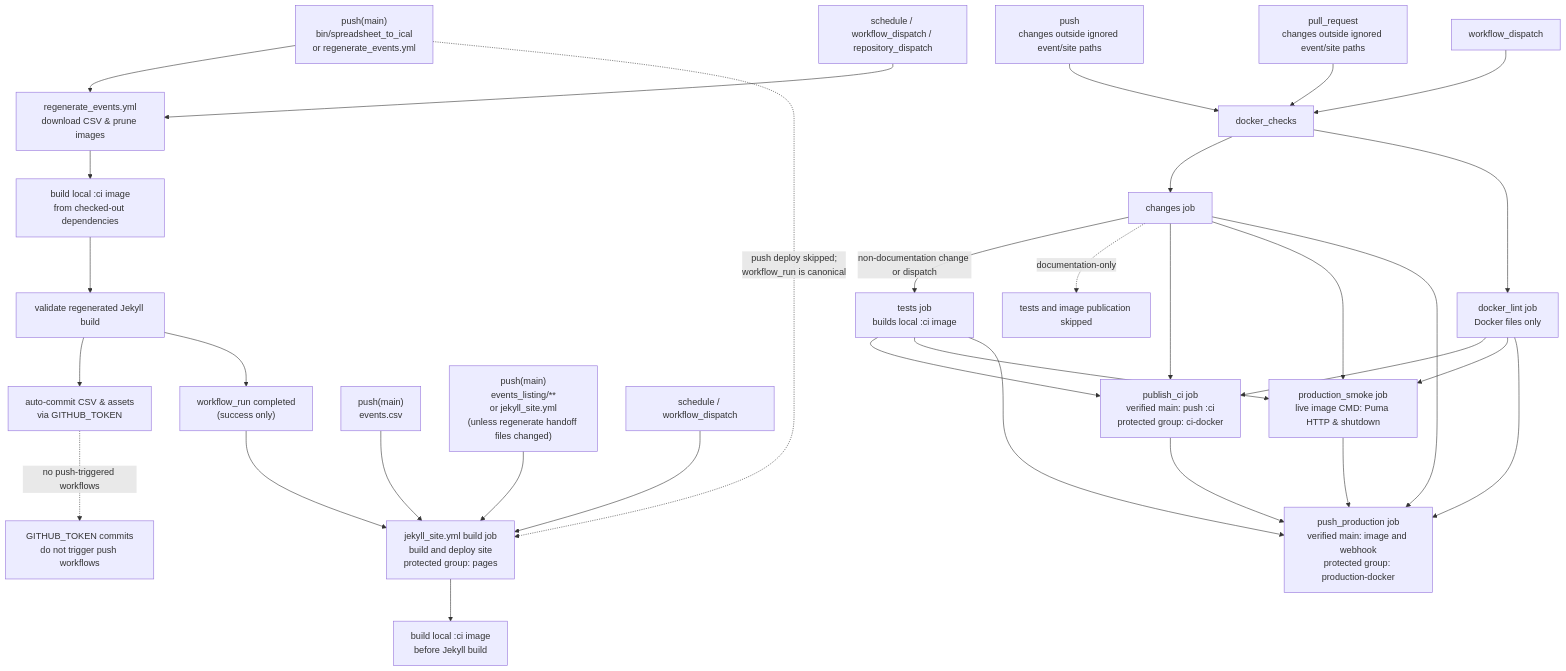
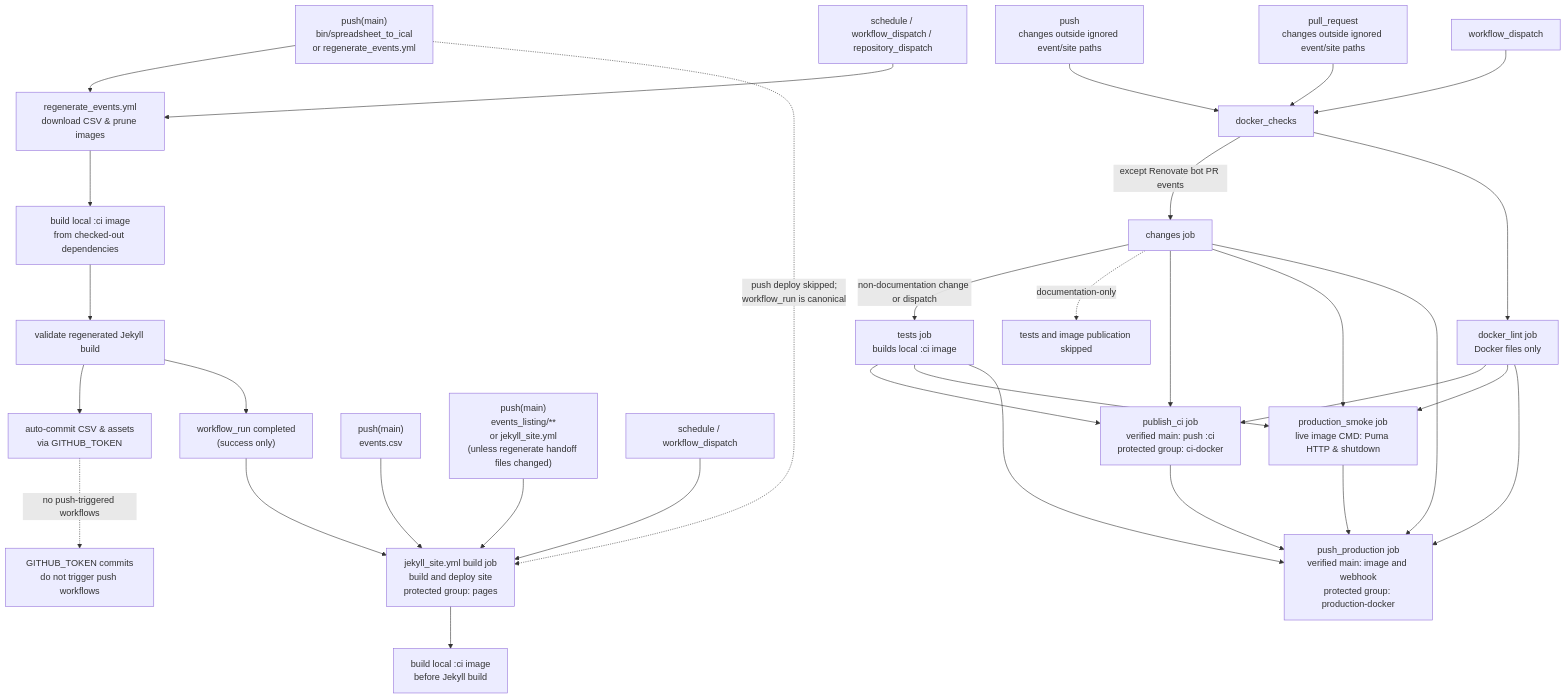
Before and after one commit to zewelor/ps_events: the diagram in .github/workflows/README.md, drawn with Mermaid. The commit also changed other lines of this file and 1 other file, not shown here.

First line of the commit message:
ci: avoid duplicate checks for automated Renovate PRs

````diff
--- a/.github/workflows/README.md
+++ b/.github/workflows/README.md
@@ -9,40 +9,40 @@
 ```mermaid
 flowchart TD
     push_regen["push(main)<br/>bin/spreadsheet_to_ical<br/>or regenerate_events.yml"] --> regenerate["regenerate_events.yml<br/>download CSV & prune images"]
     schedule_regen["schedule / workflow_dispatch / repository_dispatch"] --> regenerate
 
     regenerate --> regen_image["build local :ci image<br/>from checked-out dependencies"]
     regen_image --> regen_validate["validate regenerated Jekyll build"]
     regen_validate --> regen_commit["auto-commit CSV & assets<br/>via GITHUB_TOKEN"]
     regen_validate --> regen_complete["workflow_run completed<br/>(success only)"]
     regen_complete --> jekyll["jekyll_site.yml build job<br/>build and deploy site<br/>protected group: pages"]
 
     regen_commit -. no push-triggered workflows .-> token_note["GITHUB_TOKEN commits<br/>do not trigger push workflows"]
     push_regen -. push deploy skipped;<br/>workflow_run is canonical .-> jekyll
 
     push_events["push(main)<br/>events.csv"] --> jekyll
 
     push_site["push(main)<br/>events_listing/**<br/>or jekyll_site.yml<br/>(unless regenerate handoff files changed)"] --> jekyll
     schedule_site["schedule / workflow_dispatch"] --> jekyll
     jekyll --> site_image["build local :ci image<br/>before Jekyll build"]
 
     push_backend["push<br/>changes outside ignored event/site paths"] --> docker_checks
     pr_backend["pull_request<br/>changes outside ignored event/site paths"] --> docker_checks
     dispatch_backend["workflow_dispatch"] --> docker_checks
 
-    docker_checks --> docker_changes["changes job"]
+    docker_checks -->|except Renovate bot PR events| docker_changes["changes job"]
     docker_changes -->|non-documentation change or dispatch| docker_tests["tests job<br/>builds local :ci image"]
     docker_changes -. documentation-only .-> docker_docs["tests and image publication skipped"]
     docker_checks --> docker_lint["docker_lint job<br/>Docker files only"]
     docker_tests --> docker_ci["publish_ci job<br/>verified main: push :ci<br/>protected group: ci-docker"]
     docker_changes --> docker_ci
     docker_lint --> docker_ci
     docker_tests --> docker_smoke["production_smoke job<br/>live image CMD: Puma HTTP & shutdown"]
     docker_changes --> docker_smoke
     docker_lint --> docker_smoke
     docker_ci --> docker_production["push_production job<br/>verified main: image and webhook<br/>protected group: production-docker"]
     docker_smoke --> docker_production
     docker_changes --> docker_production
     docker_tests --> docker_production
     docker_lint --> docker_production
 ```
````
